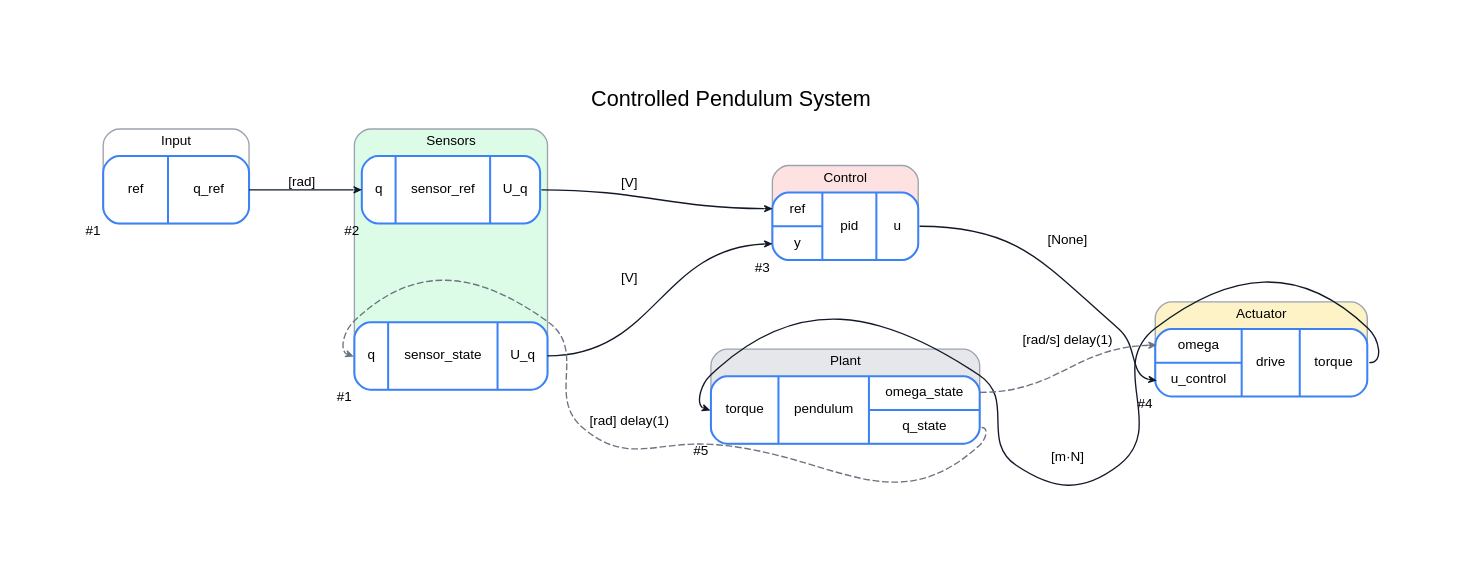
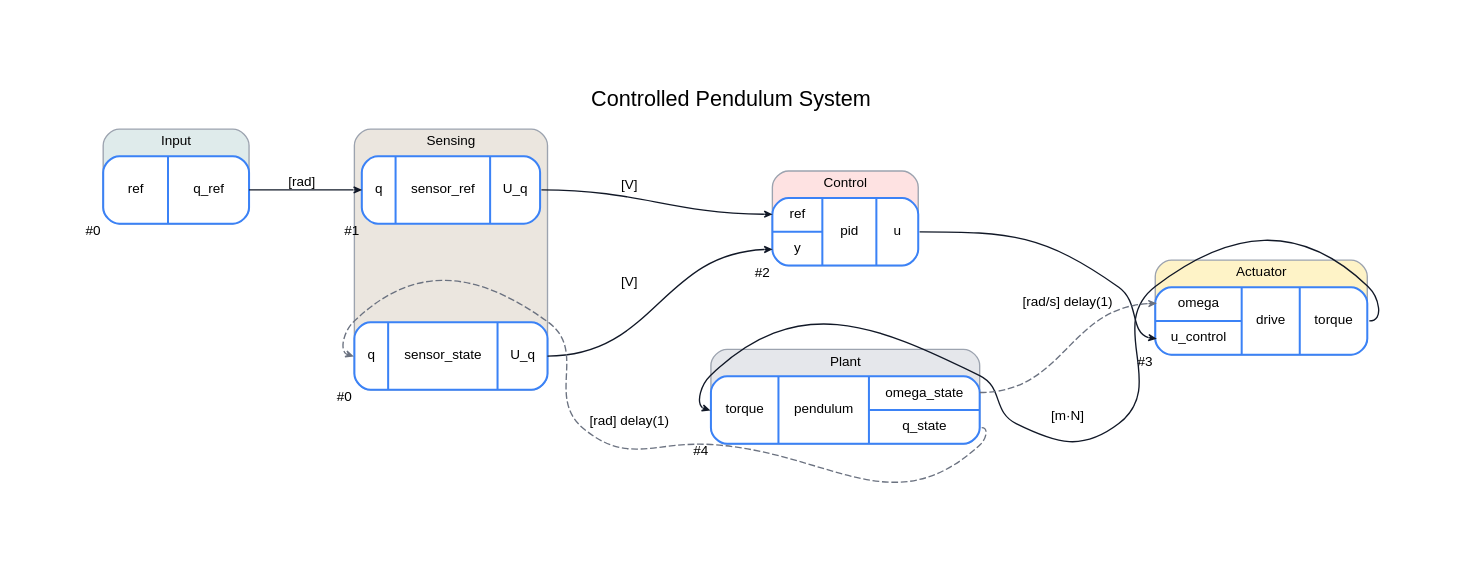
Before and after one commit to FlorianFrech/SystemSimulation: the diagram in demos/ControlledPendulum/Digraph.gv, drawn with Graphviz. The commit also changed 35 other files, not shown here.

```diff
--- a/demos/ControlledPendulum/Digraph.gv
+++ b/demos/ControlledPendulum/Digraph.gv
@@ -1,34 +1,34 @@
 // System: Controlled Pendulum System
 digraph {
 	graph [bgcolor=white compound=true esep=0 fontname=Helvetica fontsize=16 label="Controlled Pendulum System" labelloc=t margin=0.2 nodesep=1 pad=0.75 rankdir=LR ranksep=0.75 sep=0 smoothType=graph_dist splines=true]
 	node [color="#3b82f6" fillcolor=white fontname=Helvetica fontsize=10 height=0.7 margin="0.12,0.1" penwidth=1.5 shape=record style="rounded,filled" width=1.5]
 	edge [arrowhead=open arrowsize=0.5 arrowtail=none color="#111827" dir=forward fontname=Helvetica fontsize=10 labelangle=45 labelfontcolor="#374151" minlen=1.4 penwidth=1 style=solid]
 	subgraph cluster_Input {
-		bgcolor=white color="#9ca3af" fontname=Helvetica fontsize=10 label=Input style=rounded
-		ref [label="{ ref | { <q_ref> q_ref } }" xlabel="#1"]
+		bgcolor="#dfebeb" color="#9ca3af" fontname=Helvetica fontsize=10 label=Input style=rounded
+		ref [label="{ ref | { <q_ref> q_ref } }" xlabel="#0"]
 	}
-	subgraph cluster_Sensors {
-		bgcolor="#dcfce7" color="#9ca3af" fontname=Helvetica fontsize=10 label=Sensors style=rounded
-		sensor_ref [label="{ { <q> q } | sensor_ref | { <U_q> U_q } }" xlabel="#2"]
-		sensor_state [label="{ { <q> q } | sensor_state | { <U_q> U_q } }" xlabel="#1"]
+	subgraph cluster_Sensing {
+		bgcolor="#ebe6df" color="#9ca3af" fontname=Helvetica fontsize=10 label=Sensing style=rounded
+		sensor_ref [label="{ { <q> q } | sensor_ref | { <U_q> U_q } }" xlabel="#1"]
+		sensor_state [label="{ { <q> q } | sensor_state | { <U_q> U_q } }" xlabel="#0"]
 	}
 	subgraph cluster_Control {
 		bgcolor="#fee2e2" color="#9ca3af" fontname=Helvetica fontsize=10 label=Control style=rounded
-		pid [label="{ { <ref> ref | <y> y } | pid | { <u> u } }" xlabel="#3"]
+		pid [label="{ { <ref> ref | <y> y } | pid | { <u> u } }" xlabel="#2"]
 	}
 	subgraph cluster_Actuator {
 		bgcolor="#fef3c7" color="#9ca3af" fontname=Helvetica fontsize=10 label=Actuator style=rounded
-		drive [label="{ { <omega> omega | <u_control> u_control } | drive | { <torque> torque } }" xlabel="#4"]
+		drive [label="{ { <omega> omega | <u_control> u_control } | drive | { <torque> torque } }" xlabel="#3"]
 	}
 	subgraph cluster_Plant {
 		bgcolor="#e5e7eb" color="#9ca3af" fontname=Helvetica fontsize=10 label=Plant style=rounded
-		pendulum [label="{ { <torque> torque } | pendulum | { <omega_state> omega_state | <q_state> q_state } }" xlabel="#5"]
+		pendulum [label="{ { <torque> torque } | pendulum | { <omega_state> omega_state | <q_state> q_state } }" xlabel="#4"]
 	}
 	ref -> sensor_ref [label="[rad]" color="#111827" headclip=true headport="q:w" style=solid tailclip=true tailport="q_ref:e"]
 	pendulum -> sensor_state [label="[rad] delay(1)" color="#6b7280" headclip=true headport="q:w" style=dashed tailclip=true tailport="q_state:e"]
 	sensor_ref -> pid [label="[V]" color="#111827" headclip=true headport="ref:w" style=solid tailclip=true tailport="U_q:e"]
 	sensor_state -> pid [label="[V]" color="#111827" headclip=true headport="y:w" style=solid tailclip=true tailport="U_q:e"]
-	pid -> drive [label="[None]" color="#111827" headclip=true headport="u_control:w" style=solid tailclip=true tailport="u:e"]
+	pid -> drive [label="" color="#111827" headclip=true headport="u_control:w" style=solid tailclip=true tailport="u:e"]
 	drive -> pendulum [label="[m·N]" color="#111827" headclip=true headport="torque:w" style=solid tailclip=true tailport="torque:e"]
 	pendulum -> drive [label="[rad/s] delay(1)" color="#6b7280" headclip=true headport="omega:w" style=dashed tailclip=true tailport="omega_state:e"]
 }
```
